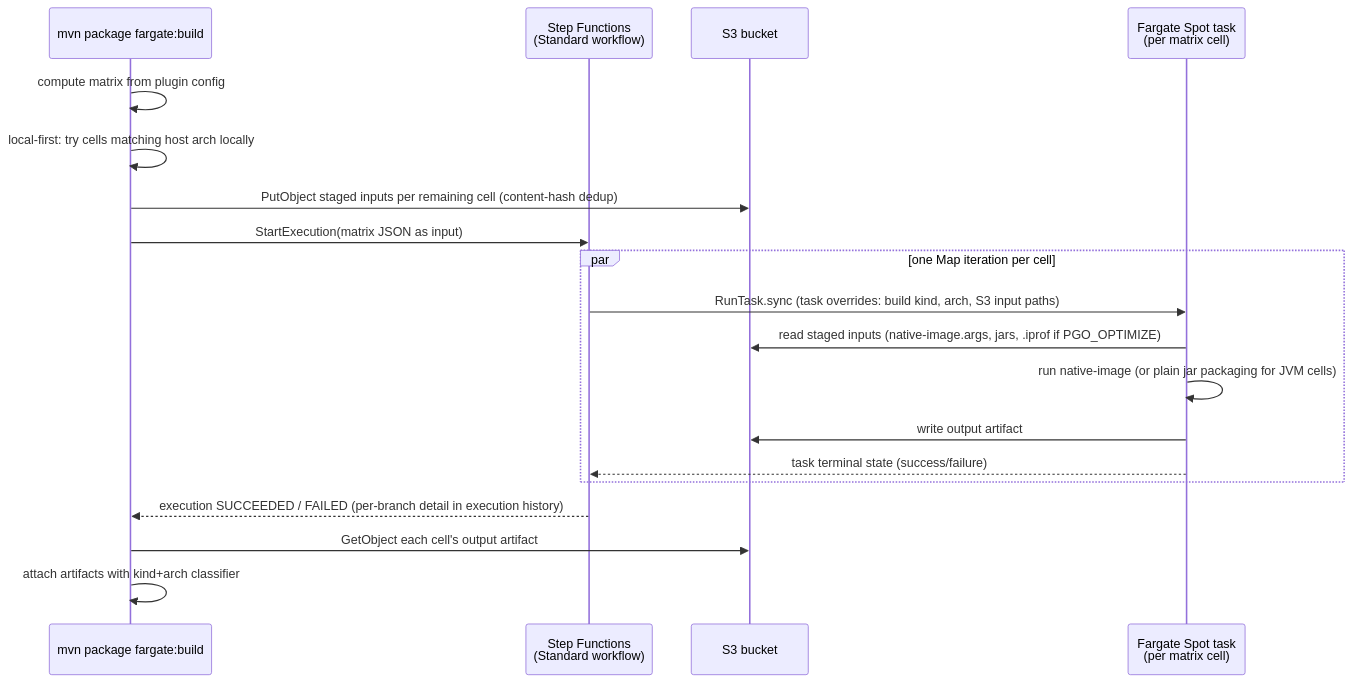
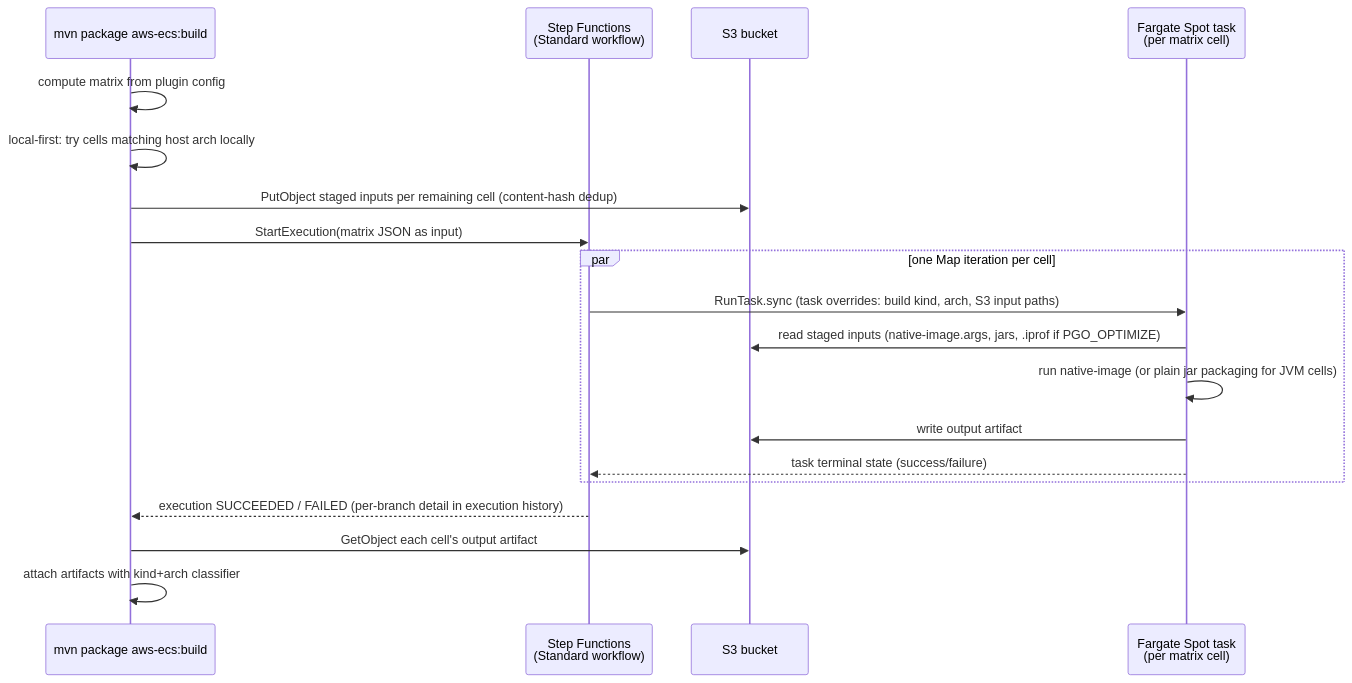
Before and after one commit to codriverlabs/scaleout-build: the first of 2 diagrams in docs/DESIGN.md, drawn with Mermaid. The commit also changed 4 other files, not shown here.

````diff
--- a/docs/DESIGN.md
+++ b/docs/DESIGN.md
@@ -97,22 +97,22 @@
 ```mermaid
 sequenceDiagram
-    participant M as mvn package fargate:build
+    participant M as mvn package aws-ecs:build
     participant SF as Step Functions<br/>(Standard workflow)
     participant S3 as S3 bucket
     participant T as Fargate Spot task<br/>(per matrix cell)
 
     M->>M: compute matrix from plugin config
     M->>M: local-first: try cells matching host arch locally
     M->>S3: PutObject staged inputs per remaining cell (content-hash dedup)
     M->>SF: StartExecution(matrix JSON as input)
     par one Map iteration per cell
         SF->>T: RunTask.sync (task overrides: build kind, arch, S3 input paths)
         T->>S3: read staged inputs (native-image.args, jars, .iprof if PGO_OPTIMIZE)
         T->>T: run native-image (or plain jar packaging for JVM cells)
         T->>S3: write output artifact
         T-->>SF: task terminal state (success/failure)
     end
     SF-->>M: execution SUCCEEDED / FAILED (per-branch detail in execution history)
     M->>S3: GetObject each cell's output artifact
     M->>M: attach artifacts with kind+arch classifier
 ```
````
